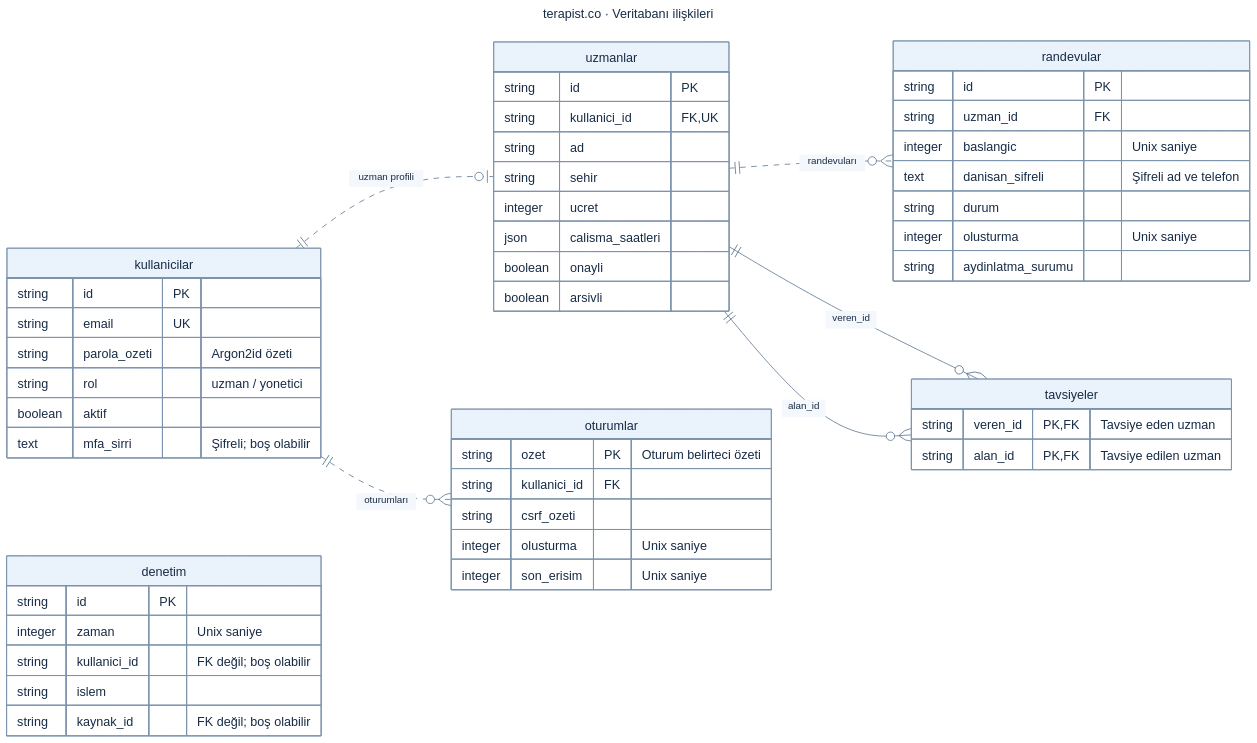
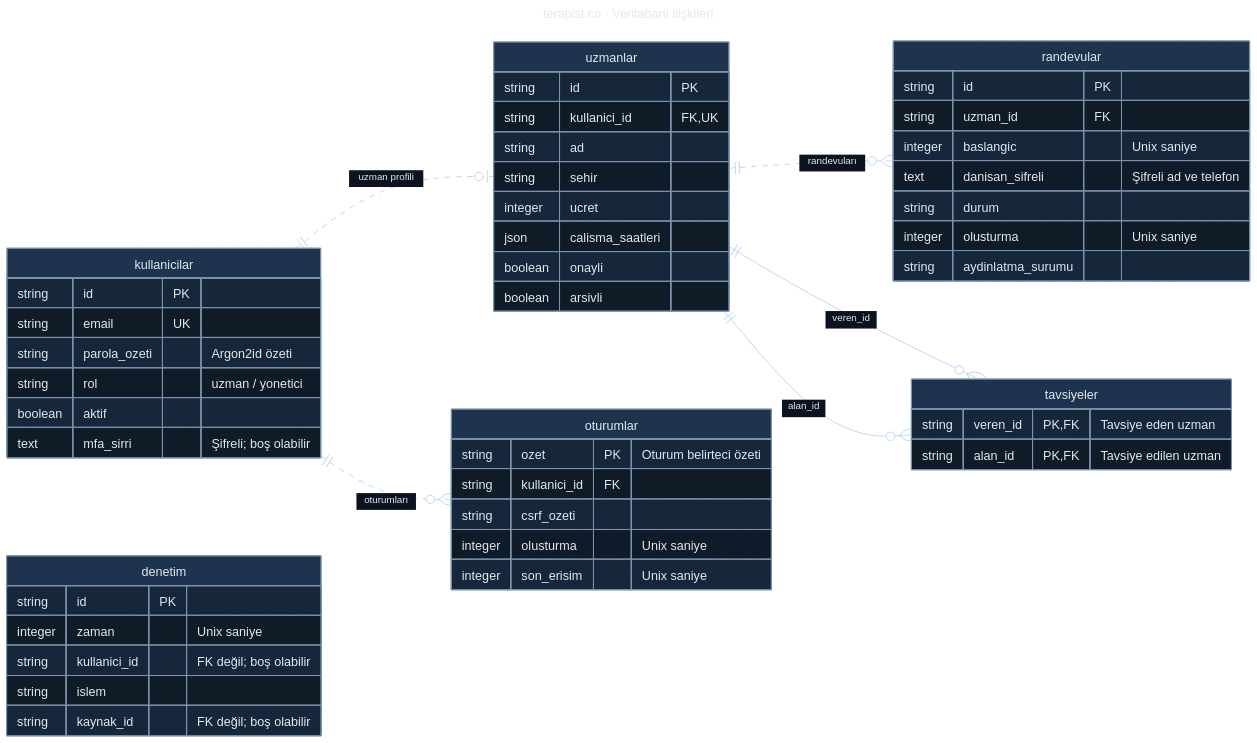
One commit to Mistinluk/terapist.co changed the diagram in docs/diyagramlar/veritabani.mmd. Above: the diagram before and after it, drawn with Mermaid. The commit also changed 2 other files, not shown here.

Commit message:
ER diyagramina koyu tema ekle

```diff
--- a/docs/diyagramlar/veritabani.mmd
+++ b/docs/diyagramlar/veritabani.mmd
@@ -1,80 +1,87 @@
 ---
 title: terapist.co · Veritabanı ilişkileri
 config:
   theme: base
   fontFamily: Arial, sans-serif
   htmlLabels: false
   themeVariables:
+    darkMode: true
+    background: "#0b1220"
     fontFamily: Arial, sans-serif
     fontSize: 18px
-    primaryColor: "#eaf2fb"
-    primaryTextColor: "#172b45"
+    primaryColor: "#1e334d"
+    primaryTextColor: "#e2e8f0"
     primaryBorderColor: "#7c93ad"
-    secondaryColor: "#f4f7fb"
-    tertiaryColor: "#ffffff"
-    lineColor: "#476582"
+    secondaryColor: "#172538"
+    tertiaryColor: "#111d2e"
+    lineColor: "#a7c8eb"
+    textColor: "#e2e8f0"
+    titleColor: "#e2e8f0"
+    edgeLabelBackground: "#0b1220"
+    attributeBackgroundColorOdd: "#111d2e"
+    attributeBackgroundColorEven: "#172538"
   er:
     diagramPadding: 24
     entityPadding: 18
     fontSize: 17
     minEntityWidth: 230
 ---
 erDiagram
     direction LR
 
     kullanicilar ||..o| uzmanlar : "uzman profili"
     kullanicilar ||..o{ oturumlar : "oturumları"
     uzmanlar ||..o{ randevular : "randevuları"
     uzmanlar ||--o{ tavsiyeler : "veren_id"
     uzmanlar ||--o{ tavsiyeler : "alan_id"
 
     kullanicilar {
         string id PK
         string email UK
         string parola_ozeti "Argon2id özeti"
         string rol "uzman / yonetici"
         boolean aktif
         text mfa_sirri "Şifreli; boş olabilir"
     }
 
     uzmanlar {
         string id PK
         string kullanici_id FK, UK
         string ad
         string sehir
         integer ucret
         json calisma_saatleri
         boolean onayli
         boolean arsivli
     }
 
     oturumlar {
         string ozet PK "Oturum belirteci özeti"
         string kullanici_id FK
         string csrf_ozeti
         integer olusturma "Unix saniye"
         integer son_erisim "Unix saniye"
     }
 
     randevular {
         string id PK
         string uzman_id FK
         integer baslangic "Unix saniye"
         text danisan_sifreli "Şifreli ad ve telefon"
         string durum
         integer olusturma "Unix saniye"
         string aydinlatma_surumu
     }
 
     tavsiyeler {
         string veren_id PK, FK "Tavsiye eden uzman"
         string alan_id PK, FK "Tavsiye edilen uzman"
     }
 
     denetim {
         string id PK
         integer zaman "Unix saniye"
         string kullanici_id "FK değil; boş olabilir"
         string islem
         string kaynak_id "FK değil; boş olabilir"
     }
```
